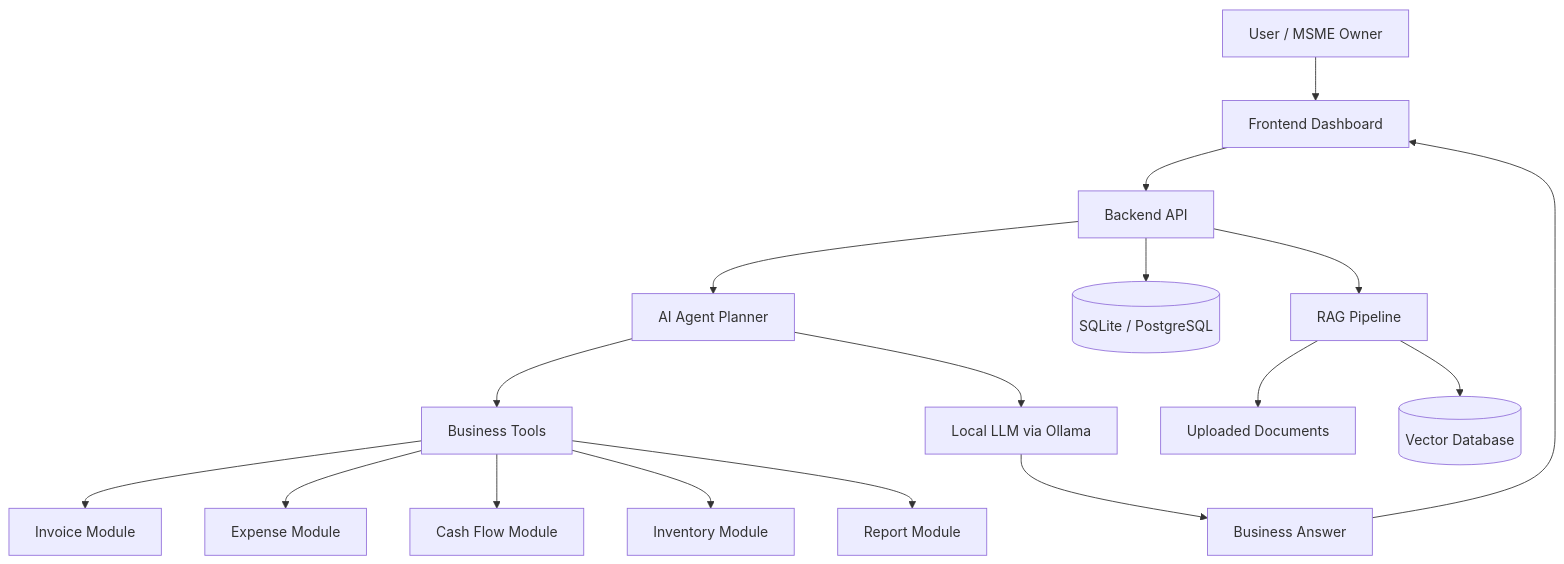
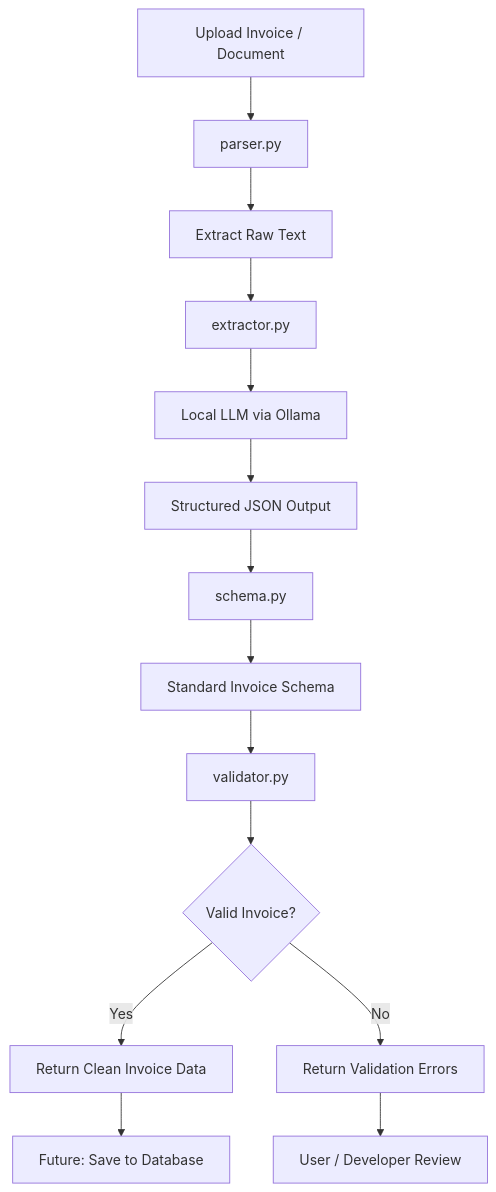
Before and after one commit to starksshares-hub/msme-ai-copilot: the first of 2 diagrams in README.md, drawn with Mermaid. The commit also changed other lines of this file, not shown here.

First line of the commit message:
Enhance README with document intelligence details

````diff
--- a/README.md
+++ b/README.md
@@ -96,25 +139,16 @@
 ```mermaid
 flowchart TD
-    U[User / MSME Owner] --> UI[Frontend Dashboard]
-
-    UI --> API[Backend API]
-
-    API --> AGENT[AI Agent Planner]
-    AGENT --> TOOLS[Business Tools]
-    AGENT --> LLM[Local LLM via Ollama]
-
-    TOOLS --> INV[Invoice Module]
-    TOOLS --> EXP[Expense Module]
-    TOOLS --> CASH[Cash Flow Module]
-    TOOLS --> STOCK[Inventory Module]
-    TOOLS --> REPORT[Report Module]
-
-    API --> DB[(SQLite / PostgreSQL)]
-    API --> RAG[RAG Pipeline]
-
-    RAG --> DOCS[Uploaded Documents]
-    RAG --> VECTOR[(Vector Database)]
-
-    LLM --> RESPONSE[Business Answer]
-    RESPONSE --> UI
+    A[Upload Invoice / Document] --> B[parser.py]
+    B --> C[Extract Raw Text]
+    C --> D[extractor.py]
+    D --> E[Local LLM via Ollama]
+    E --> F[Structured JSON Output]
+    F --> G[schema.py]
+    G --> H[Standard Invoice Schema]
+    H --> I[validator.py]
+    I --> J{Valid Invoice?}
+    J -->|Yes| K[Return Clean Invoice Data]
+    J -->|No| L[Return Validation Errors]
+    K --> M[Future: Save to Database]
+    L --> N[User / Developer Review]
 ```
````
